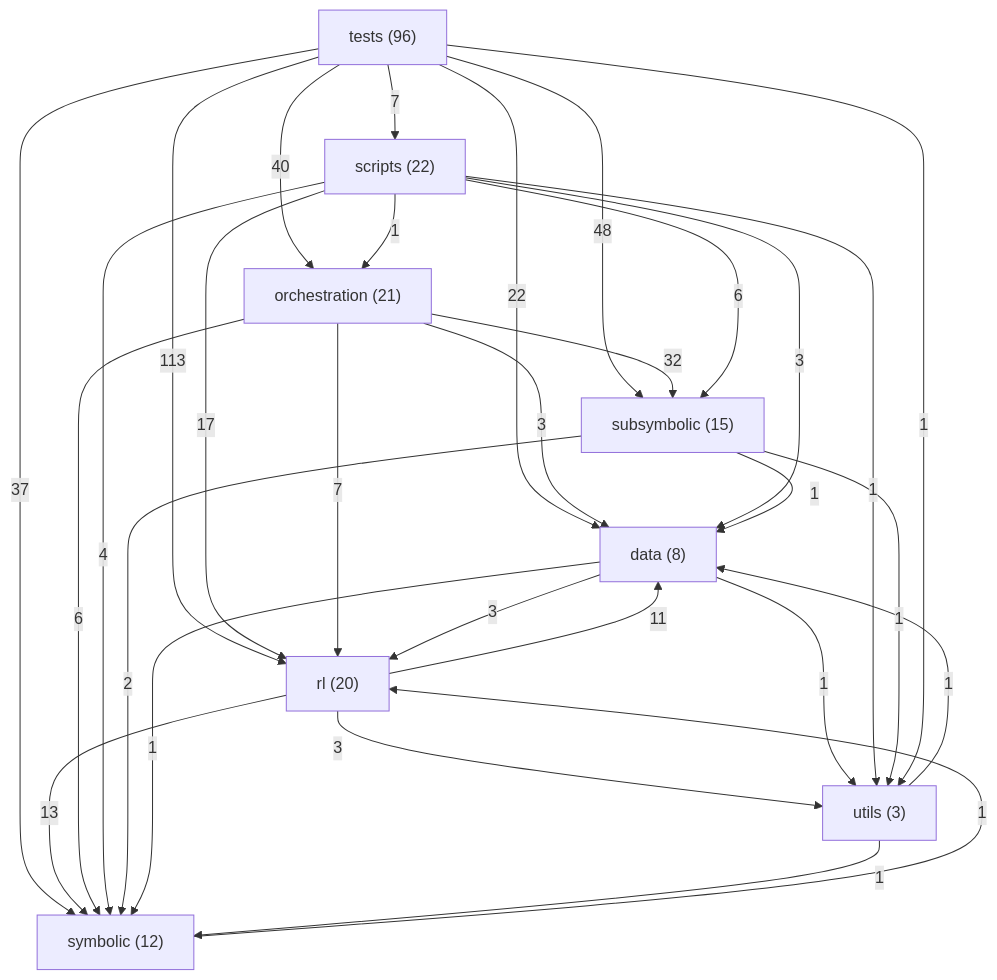
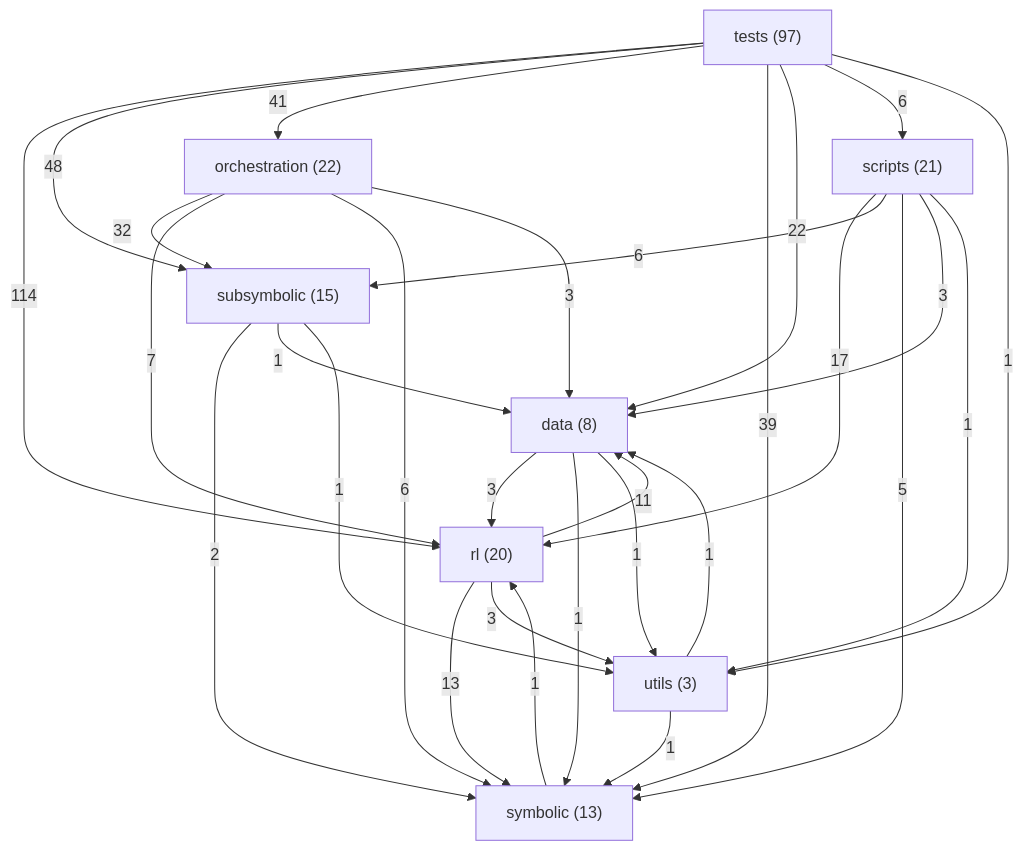
One commit to danrd/ARC-AGI changed the diagram in ARCHITECTURE.md. Above: the diagram before and after it, drawn with Mermaid. The commit also changed other lines of this file and 7 other files, not shown here.

````diff
--- a/ARCHITECTURE.md
+++ b/ARCHITECTURE.md
@@ -211,40 +211,39 @@
 ```mermaid
 graph TD
   data["data (8)"]
-  orchestration["orchestration (21)"]
+  orchestration["orchestration (22)"]
   rl["rl (20)"]
-  scripts["scripts (22)"]
+  scripts["scripts (21)"]
   subsymbolic["subsymbolic (15)"]
-  symbolic["symbolic (12)"]
-  tests["tests (96)"]
+  symbolic["symbolic (13)"]
+  tests["tests (97)"]
   utils["utils (3)"]
-  tests -->|113| rl
+  tests -->|114| rl
   tests -->|48| subsymbolic
-  tests -->|40| orchestration
-  tests -->|37| symbolic
+  tests -->|41| orchestration
+  tests -->|39| symbolic
   orchestration -->|32| subsymbolic
   tests -->|22| data
   scripts -->|17| rl
   rl -->|13| symbolic
   rl -->|11| data
   orchestration -->|7| rl
-  tests -->|7| scripts
   orchestration -->|6| symbolic
   scripts -->|6| subsymbolic
-  scripts -->|4| symbolic
+  tests -->|6| scripts
+  scripts -->|5| symbolic
   data -->|3| rl
   orchestration -->|3| data
   rl -->|3| utils
   scripts -->|3| data
   subsymbolic -->|2| symbolic
   data -->|1| symbolic
   data -->|1| utils
-  scripts -->|1| orchestration
   scripts -->|1| utils
   subsymbolic -->|1| data
   subsymbolic -->|1| utils
   symbolic -->|1| rl
   tests -->|1| utils
   utils -->|1| data
   utils -->|1| symbolic
 ```
````
